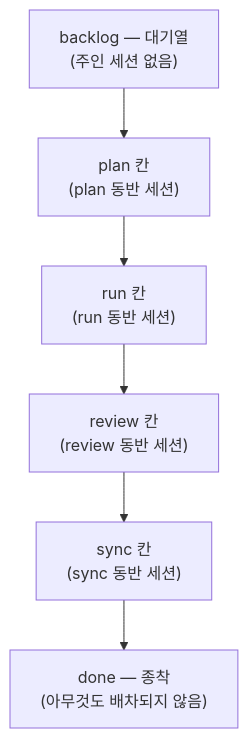
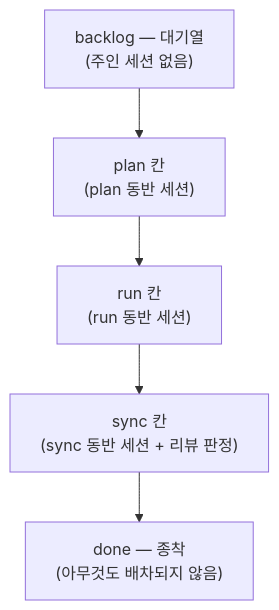
One commit to modu-ai/moai-adk changed the first of 2 diagrams in docs-site/content/ko/core-concepts/kanban-board-terms.md. Above: the diagram before and after it, drawn with Mermaid. The commit also changed other lines of this file and 16 other files, not shown here.

````diff
--- a/docs-site/content/ko/core-concepts/kanban-board-terms.md
+++ b/docs-site/content/ko/core-concepts/kanban-board-terms.md
@@ -17,10 +17,9 @@
 ```mermaid
 flowchart TD
     Backlog["backlog — 대기열<br/>(주인 세션 없음)"]
     Plan["plan 칸<br/>(plan 동반 세션)"]
     Run["run 칸<br/>(run 동반 세션)"]
-    Review["review 칸<br/>(review 동반 세션)"]
-    Sync["sync 칸<br/>(sync 동반 세션)"]
+    Sync["sync 칸<br/>(sync 동반 세션 + 리뷰 판정)"]
     Done["done — 종착<br/>(아무것도 배차되지 않음)"]
-    Backlog --> Plan --> Run --> Review --> Sync --> Done
+    Backlog --> Plan --> Run --> Sync --> Done
 ```
````
